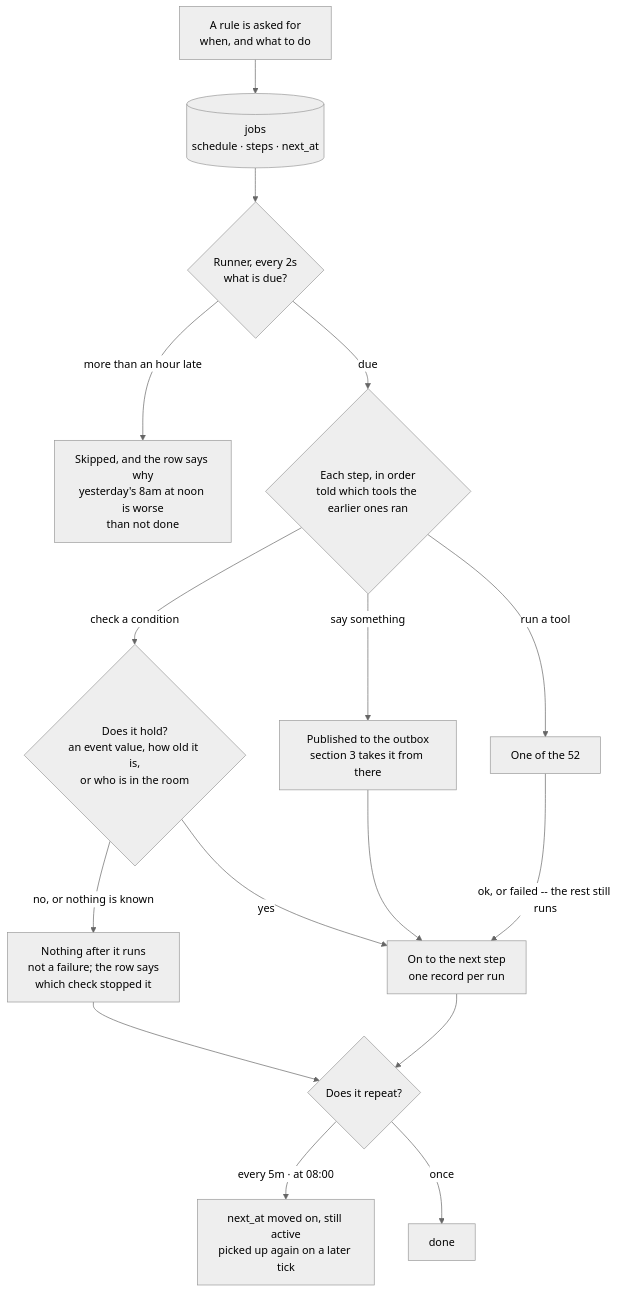
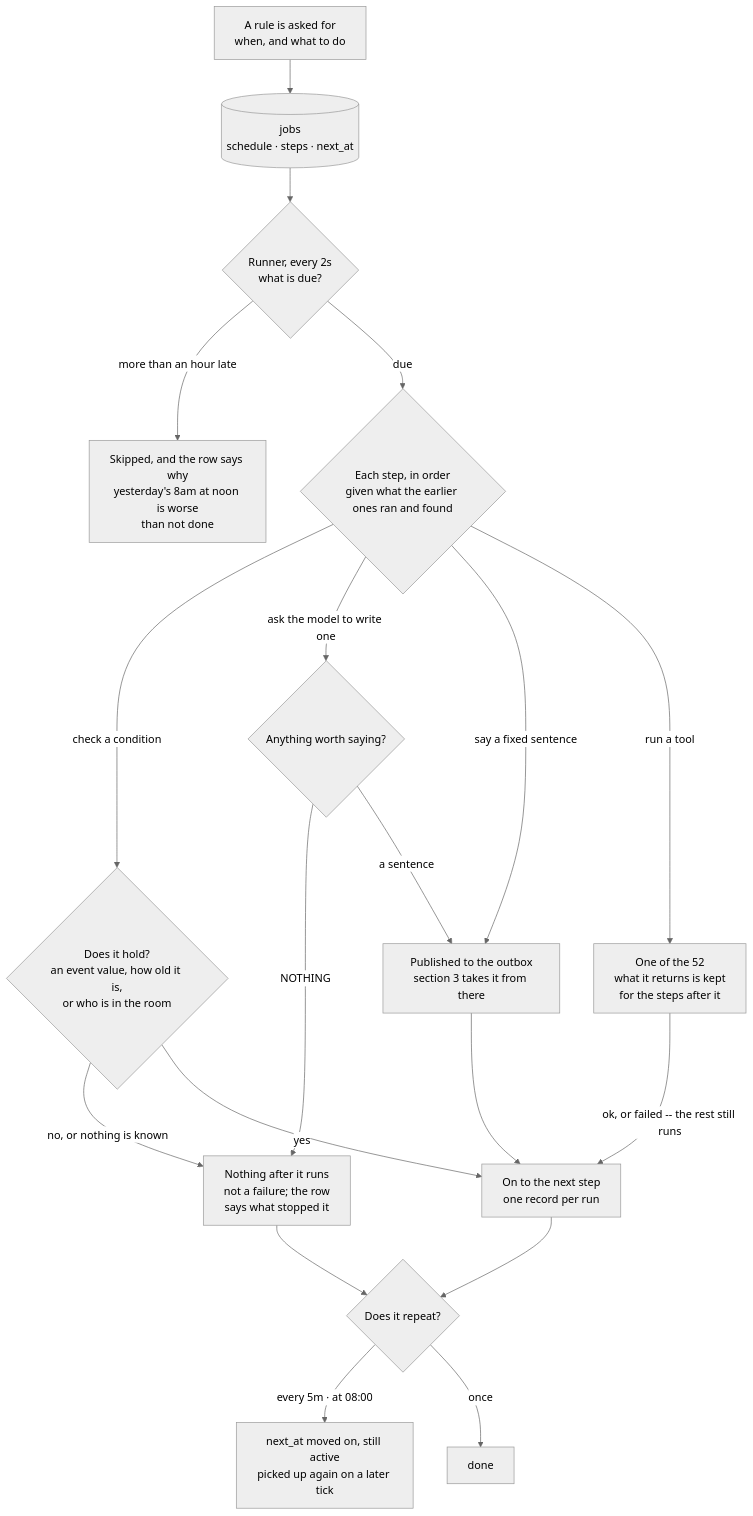
One commit to DhanushRamesh/personal-assistant changed the fifth of 5 diagrams in FEATURES.md. Above: the diagram before and after it, drawn with Mermaid (neutral theme). The commit also changed other lines of this file and 10 other files, not shown here.

First line of the commit message:
Let a step ask the model for the sentence

````diff
--- a/FEATURES.md
+++ b/FEATURES.md
@@ -245,24 +245,27 @@
 ```mermaid
 flowchart TB
     ASK["A rule is asked for<br/>when, and what to do"] --> ROW[("jobs<br/>schedule · steps · next_at")]
     ROW --> TICK{"Runner, every 2s<br/>what is due?"}
     TICK -- "more than an hour late" --> SKIP["Skipped, and the row says why<br/>yesterday's 8am at noon is worse<br/>than not done"]
     TICK -- "due" --> WHAT
 
-    WHAT{"Each step, in order<br/>told which tools the earlier ones ran"}
+    WHAT{"Each step, in order<br/>given what the earlier ones ran and found"}
     WHAT -- "check a condition" --> GATE{"Does it hold?<br/>an event value, how old it is,<br/>or who is in the room"}
-    WHAT -- "say something" --> OUT["Published to the outbox<br/>section 3 takes it from there"]
-    WHAT -- "run a tool" --> TOOL["One of the 52"]
+    WHAT -- "ask the model to write one" --> MODEL{"Anything worth saying?"}
+    WHAT -- "say a fixed sentence" --> OUT["Published to the outbox<br/>section 3 takes it from there"]
+    WHAT -- "run a tool" --> TOOL["One of the 52<br/>what it returns is kept<br/>for the steps after it"]
 
-    GATE -- "no, or nothing is known" --> STOP["Nothing after it runs<br/>not a failure; the row says<br/>which check stopped it"]
+    GATE -- "no, or nothing is known" --> STOP["Nothing after it runs<br/>not a failure; the row<br/>says what stopped it"]
+    MODEL -- "NOTHING" --> STOP
+    MODEL -- "a sentence" --> OUT
     GATE -- "yes" --> ON
     OUT --> ON
     TOOL -- "ok, or failed -- the rest still runs" --> ON
 
     ON["On to the next step<br/>one record per run"] --> END
     STOP --> END
 
     END{"Does it repeat?"}
     END -- "every 5m · at 08:00" --> AGAIN["next_at moved on, still active<br/>picked up again on a later tick"]
     END -- "once" --> DONE["done"]
 ```
````
